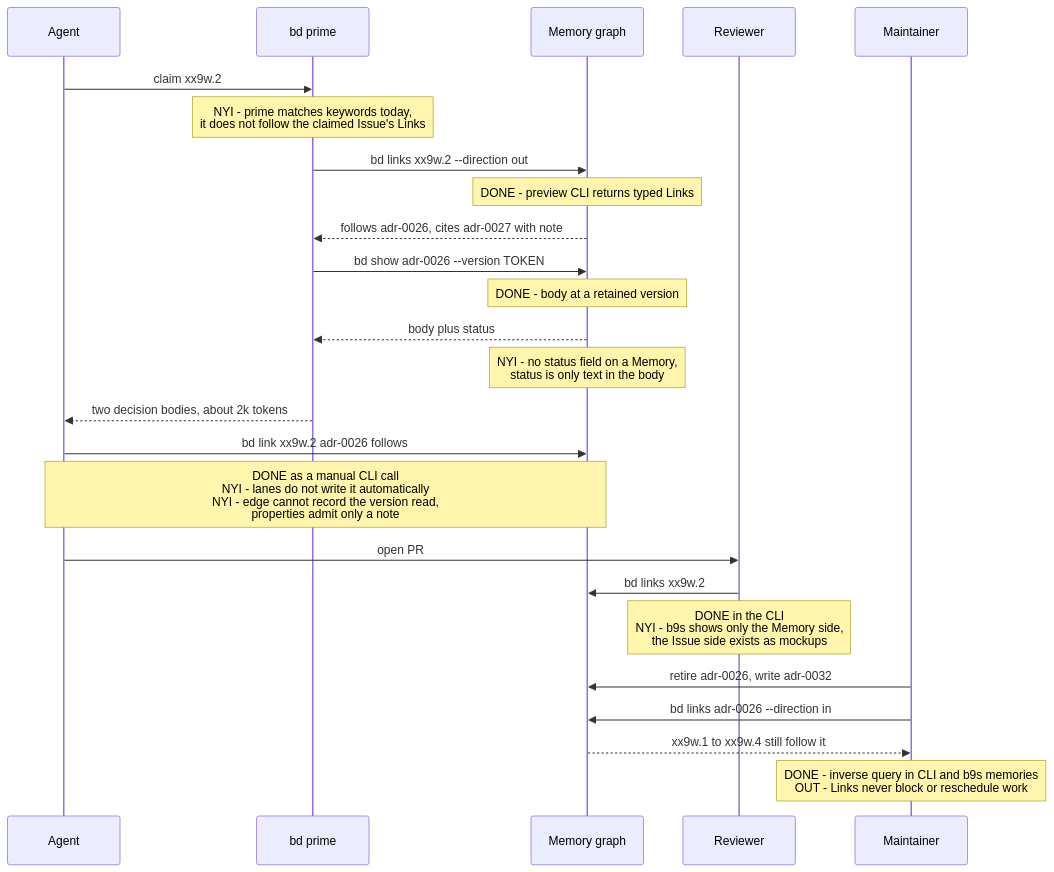
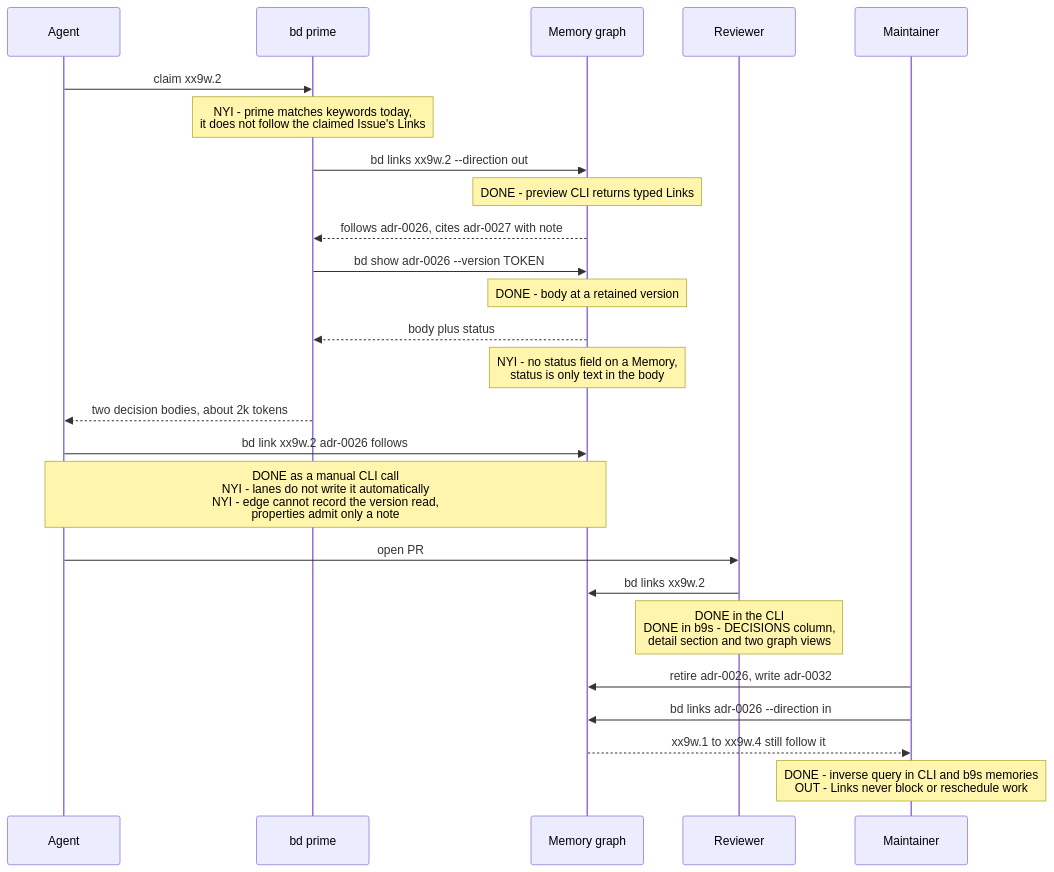
The second of 2 diagrams in docs/adr-vs-memory-beads.md (vanderheijden86/b9s), drawn with Mermaid before and after one commit. The commit also changed other lines of this file and 18 other files, not shown here.

First line of the commit message:
feat(memories): show the decision graph in b9s memories and the main TUI

````diff
--- a/docs/adr-vs-memory-beads.md
+++ b/docs/adr-vs-memory-beads.md
@@ -55,27 +55,27 @@
 ```mermaid
 sequenceDiagram
     participant Agent
     participant Prime as bd prime
     participant Graph as Memory graph
     participant Reviewer
     participant Maint as Maintainer
     Agent->>Prime: claim xx9w.2
     Note over Prime: NYI - prime matches keywords today,<br/>it does not follow the claimed Issue's Links
     Prime->>Graph: bd links xx9w.2 --direction out
     Note over Graph: DONE - preview CLI returns typed Links
     Graph-->>Prime: follows adr-0026, cites adr-0027 with note
     Prime->>Graph: bd show adr-0026 --version TOKEN
     Note over Graph: DONE - body at a retained version
     Graph-->>Prime: body plus status
     Note over Graph: NYI - no status field on a Memory,<br/>status is only text in the body
     Prime-->>Agent: two decision bodies, about 2k tokens
     Agent->>Graph: bd link xx9w.2 adr-0026 follows
     Note over Agent,Graph: DONE as a manual CLI call<br/>NYI - lanes do not write it automatically<br/>NYI - edge cannot record the version read,<br/>properties admit only a note
     Agent->>Reviewer: open PR
     Reviewer->>Graph: bd links xx9w.2
-    Note over Reviewer: DONE in the CLI<br/>NYI - b9s shows only the Memory side,<br/>the Issue side exists as mockups
+    Note over Reviewer: DONE in the CLI<br/>DONE in b9s - DECISIONS column,<br/>detail section and two graph views
     Maint->>Graph: retire adr-0026, write adr-0032
     Maint->>Graph: bd links adr-0026 --direction in
     Graph-->>Maint: xx9w.1 to xx9w.4 still follow it
     Note over Maint: DONE - inverse query in CLI and b9s memories<br/>OUT - Links never block or reschedule work
 ```
````
